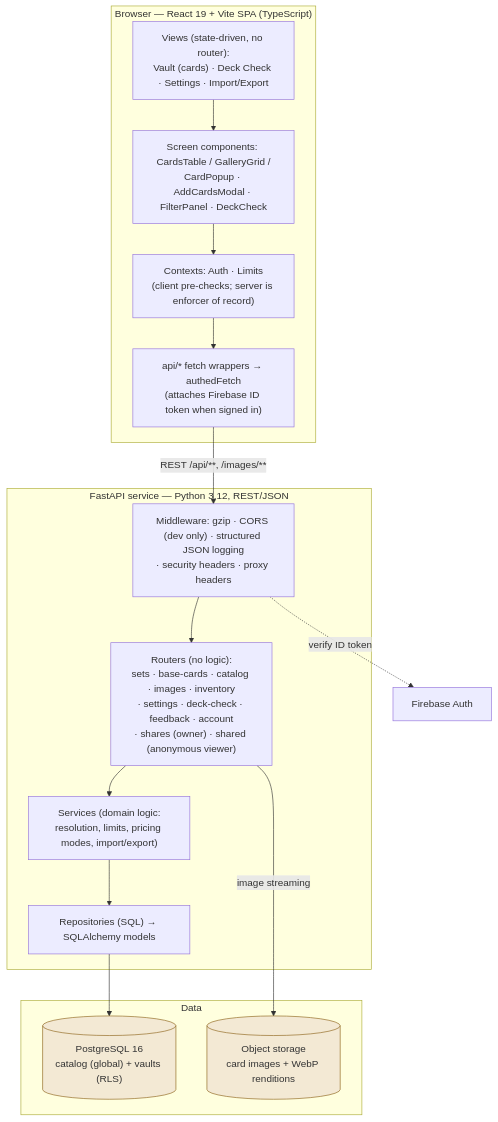
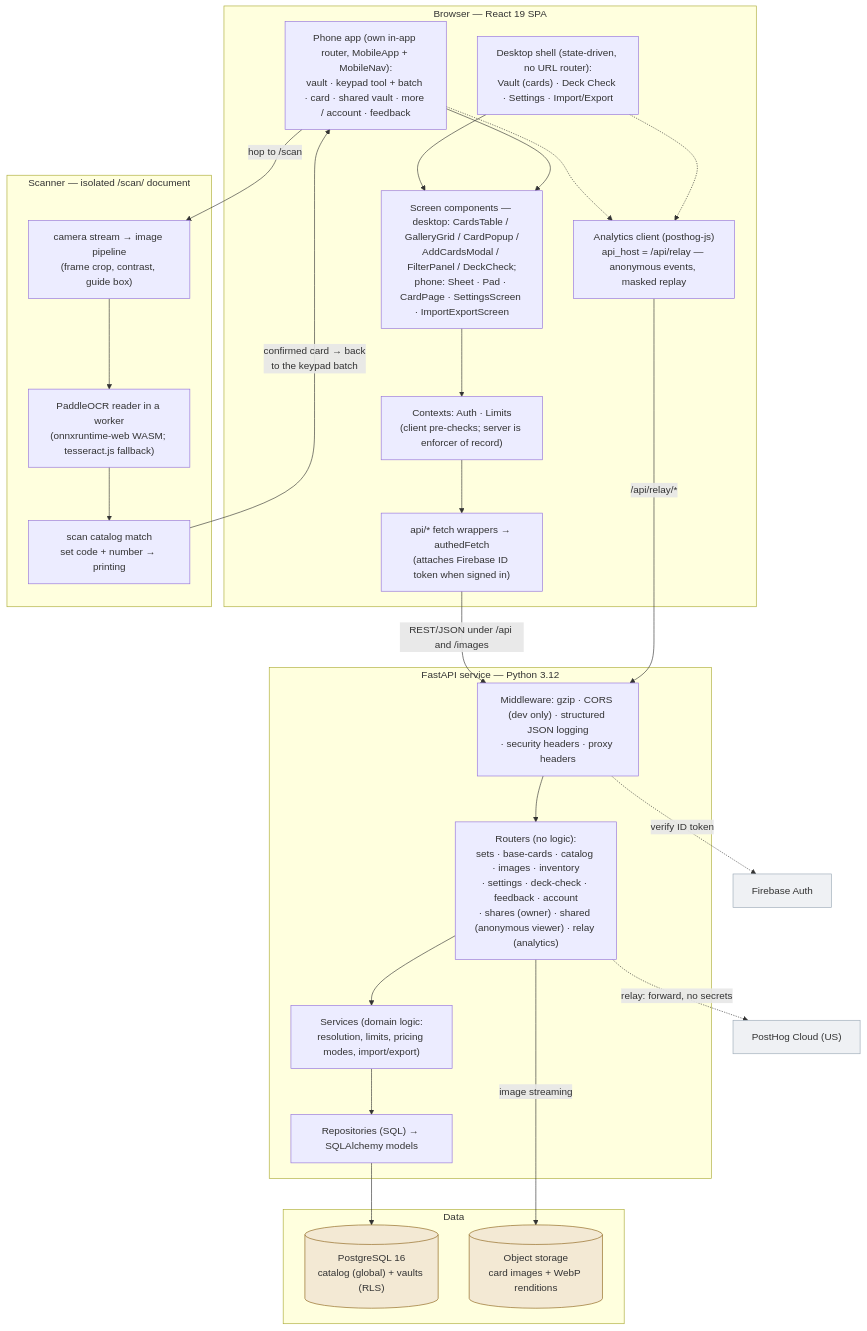
Before and after one commit to whitebreadisu/hyperspacevault: the first of 4 diagrams in specification_documents/architecture/Architecture_Logical.md, drawn with Mermaid. The commit also changed other lines of this file and 8 other files, not shown here.

First line of the commit message:
docs: BL-271 architecture views regenerated as of v2.0.1 / main d3118c5 (phone layout, scanner, PostHog relay, CI matrix, promote gate) (#274)

````diff
--- a/specification_documents/architecture/Architecture_Logical.md
+++ b/specification_documents/architecture/Architecture_Logical.md
@@ -15,33 +15,53 @@
 ```mermaid
 flowchart TB
-  subgraph browser["Browser — React 19 + Vite SPA (TypeScript)"]
-    views["Views (state-driven, no router):<br/>Vault (cards) · Deck Check · Settings · Import/Export"]
-    comps["Screen components: CardsTable / GalleryGrid /<br/>CardPopup · AddCardsModal · FilterPanel · DeckCheck"]
+  subgraph browser["Browser — React 19 SPA"]
+    desktop["Desktop shell (state-driven, no URL router):<br/>Vault (cards) · Deck Check · Settings · Import/Export"]
+    phone["Phone app (own in-app router, MobileApp + MobileNav):<br/>vault · keypad tool + batch · card · shared vault · more / account · feedback"]
+    comps["Screen components — desktop: CardsTable / GalleryGrid / CardPopup /<br/>AddCardsModal / FilterPanel / DeckCheck;<br/>phone: Sheet · Pad · CardPage · SettingsScreen · ImportExportScreen"]
     ctx["Contexts: Auth · Limits<br/>(client pre-checks; server is enforcer of record)"]
+    analytics["Analytics client (posthog-js)<br/>api_host = /api/relay — anonymous events, masked replay"]
     api["api/* fetch wrappers → authedFetch<br/>(attaches Firebase ID token when signed in)"]
-    views --> comps --> ctx --> api
+    desktop --> comps
+    phone --> comps
+    comps --> ctx --> api
+    phone -.-> analytics
+    desktop -.-> analytics
   end
 
-  subgraph backend["FastAPI service — Python 3.12, REST/JSON"]
+  subgraph scan["Scanner — isolated /scan/ document"]
+    stream["camera stream → image pipeline<br/>(frame crop, contrast, guide box)"]
+    reader["PaddleOCR reader in a worker<br/>(onnxruntime-web WASM; tesseract.js fallback)"]
+    match["scan catalog match<br/>set code + number → printing"]
+    stream --> reader --> match
+  end
+  phone -->|"hop to /scan"| stream
+  match -->|"confirmed card → back<br/>to the keypad batch"| phone
+
+  subgraph backend["FastAPI service — Python 3.12"]
     mw["Middleware: gzip · CORS (dev only) · structured JSON logging<br/>· security headers · proxy headers"]
-    routers["Routers (no logic):<br/>sets · base-cards · catalog · images · inventory<br/>· settings · deck-check · feedback · account<br/>· shares (owner) · shared (anonymous viewer)"]
+    routers["Routers (no logic):<br/>sets · base-cards · catalog · images · inventory<br/>· settings · deck-check · feedback · account<br/>· shares (owner) · shared (anonymous viewer) · relay (analytics)"]
     services["Services (domain logic:<br/>resolution, limits, pricing modes, import/export)"]
     repos["Repositories (SQL) → SQLAlchemy models"]
     mw --> routers --> services --> repos
   end
 
   subgraph data["Data"]
     pg[("PostgreSQL 16<br/>catalog (global) + vaults (RLS)")]
     gcs[("Object storage<br/>card images + WebP renditions")]
   end
 
   firebase["Firebase Auth"]
+  posthog["PostHog Cloud (US)"]
 
-  api -->|"REST /api/**, /images/**"| mw
+  api -->|"REST/JSON under /api and /images"| mw
+  analytics -->|"/api/relay/*"| mw
   repos --> pg
   routers -->|"image streaming"| gcs
+  routers -.->|"relay: forward, no secrets"| posthog
   mw -.->|"verify ID token"| firebase
 
   classDef store fill:#F3E9D4,stroke:#8A6116;
   class pg,gcs store;
+  classDef ext fill:#EFF1F4,stroke:#9AA8B6;
+  class firebase,posthog ext;
 ```
````
